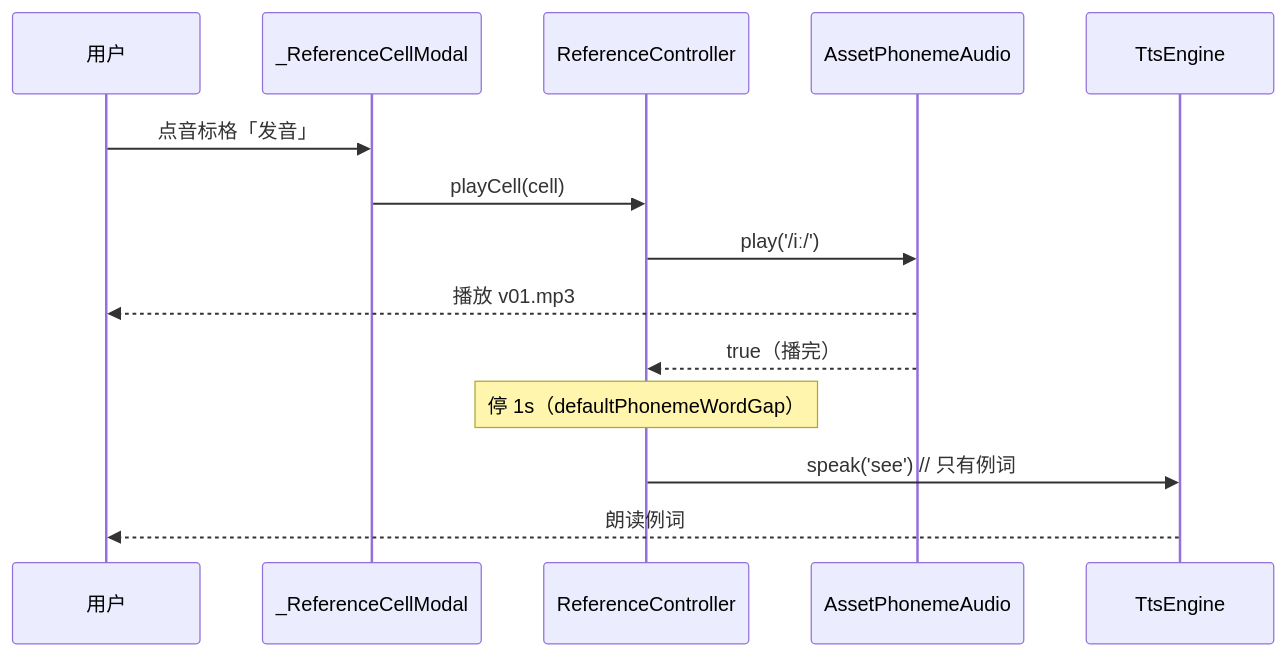
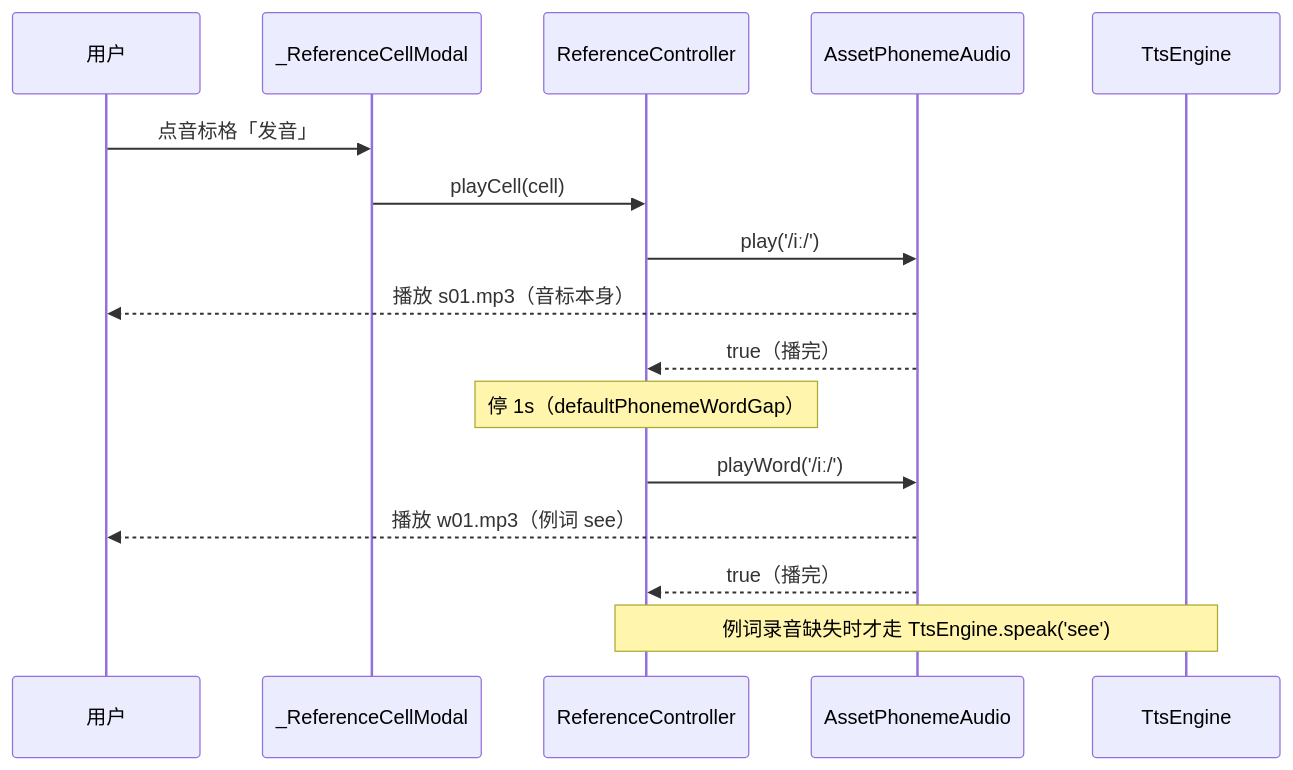
The fourth of 5 diagrams in impl/app/flutter/docs/phoneme-audio.md (kindywu/contexta), drawn with Mermaid before and after one commit. The commit also changed other lines of this file and 159 other files, not shown here.

````diff
--- a/impl/app/flutter/docs/phoneme-audio.md
+++ b/impl/app/flutter/docs/phoneme-audio.md
@@ -92,16 +131,18 @@
 ```mermaid
 sequenceDiagram
     participant U as 用户
     participant S as _ReferenceCellModal
     participant C as ReferenceController
     participant A as AssetPhonemeAudio
     participant T as TtsEngine
     U->>S: 点音标格「发音」
     S->>C: playCell(cell)
     C->>A: play('/iː/')
-    A-->>U: 播放 v01.mp3
+    A-->>U: 播放 s01.mp3（音标本身）
     A-->>C: true（播完）
     Note over C: 停 1s（defaultPhonemeWordGap）
-    C->>T: speak('see')  // 只有例词
-    T-->>U: 朗读例词
+    C->>A: playWord('/iː/')
+    A-->>U: 播放 w01.mp3（例词 see）
+    A-->>C: true（播完）
+    Note over C,T: 例词录音缺失时才走 TtsEngine.speak('see')
 ```
````
